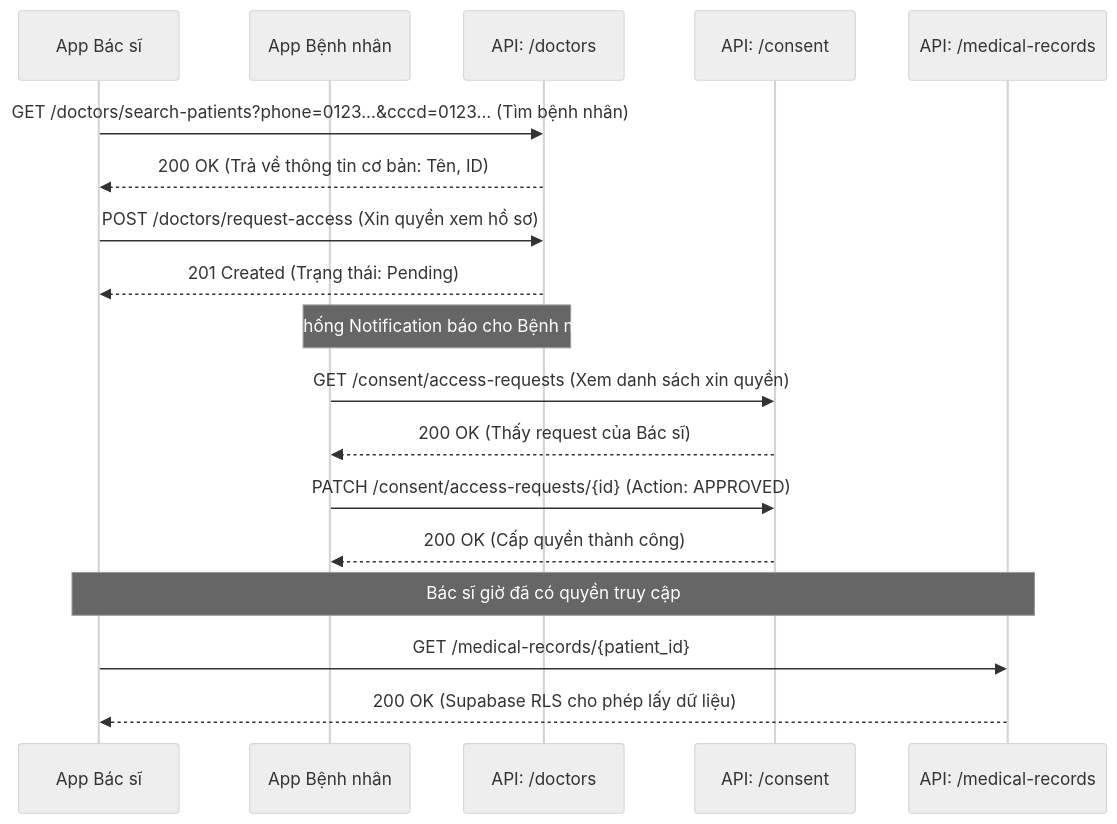
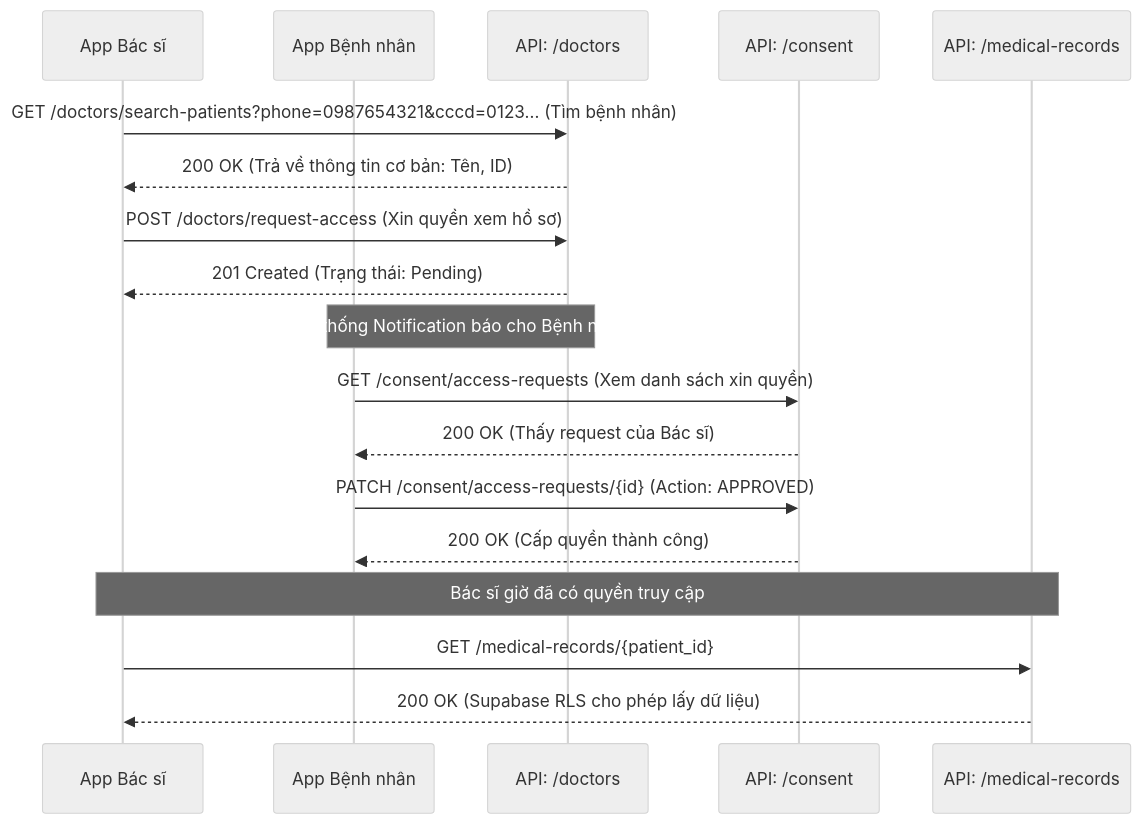
One commit to ImSoul0511/Medical_Diary changed the second of 5 diagrams in backend/docs/API_FLOW.md. Above: the diagram before and after it, drawn with Mermaid (neutral theme). The commit also changed 16 other files, not shown here.

First line of the commit message:
feat(auth): khôi phục cột phone_encrypted phục vụ tìm kiếm

````diff
--- a/backend/docs/API_FLOW.md
+++ b/backend/docs/API_FLOW.md
@@ -47,27 +47,27 @@
 ```mermaid
 sequenceDiagram
     participant DocFE as App Bác sĩ
     participant PatFE as App Bệnh nhân
     participant DocAPI as API: /doctors
     participant ConAPI as API: /consent
     participant MedAPI as API: /medical-records
 
-    DocFE->>DocAPI: GET /doctors/search-patients?phone=0123...&cccd=0123... (Tìm bệnh nhân)
+    DocFE->>DocAPI: GET /doctors/search-patients?phone=0987654321&cccd=0123... (Tìm bệnh nhân)
     DocAPI-->>DocFE: 200 OK (Trả về thông tin cơ bản: Tên, ID)
 
     DocFE->>DocAPI: POST /doctors/request-access (Xin quyền xem hồ sơ)
     DocAPI-->>DocFE: 201 Created (Trạng thái: Pending)
     
     Note over DocAPI,PatFE: Hệ thống Notification báo cho Bệnh nhân
     
     PatFE->>ConAPI: GET /consent/access-requests (Xem danh sách xin quyền)
     ConAPI-->>PatFE: 200 OK (Thấy request của Bác sĩ)
     
     PatFE->>ConAPI: PATCH /consent/access-requests/{id} (Action: APPROVED)
     ConAPI-->>PatFE: 200 OK (Cấp quyền thành công)
 
     Note over DocFE,MedAPI: Bác sĩ giờ đã có quyền truy cập
     
     DocFE->>MedAPI: GET /medical-records/{patient_id}
     MedAPI-->>DocFE: 200 OK (Supabase RLS cho phép lấy dữ liệu)
 ```
````
